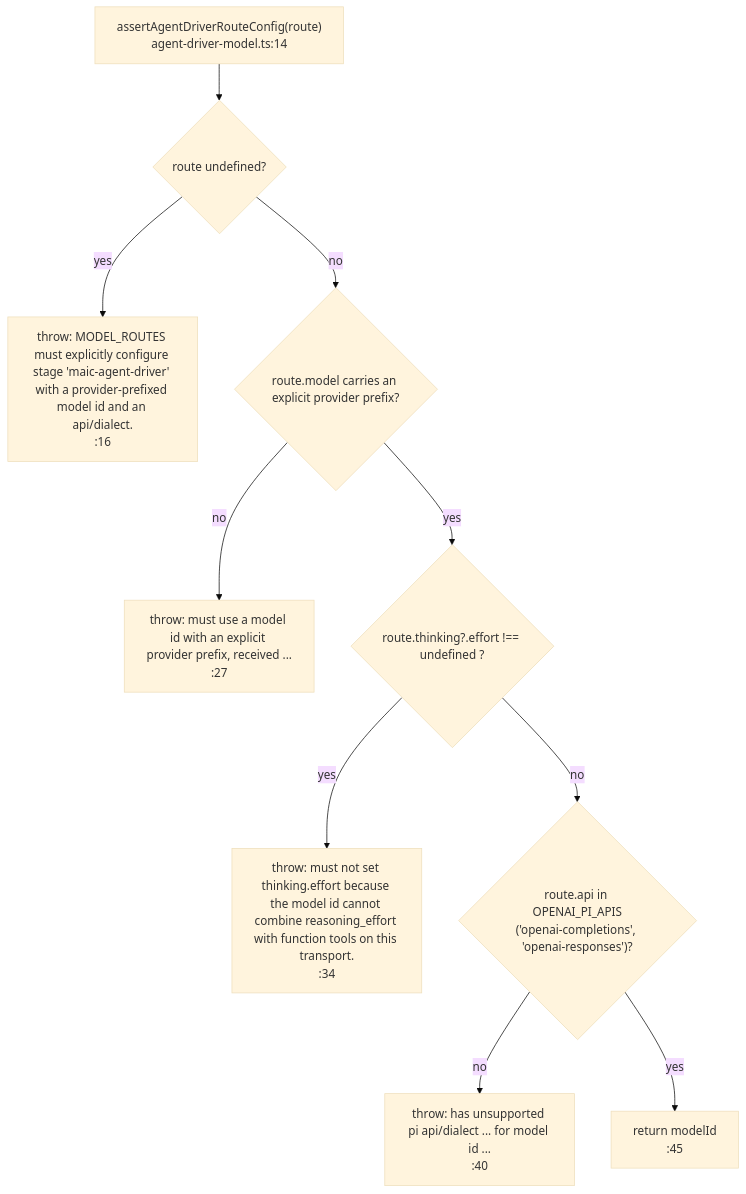
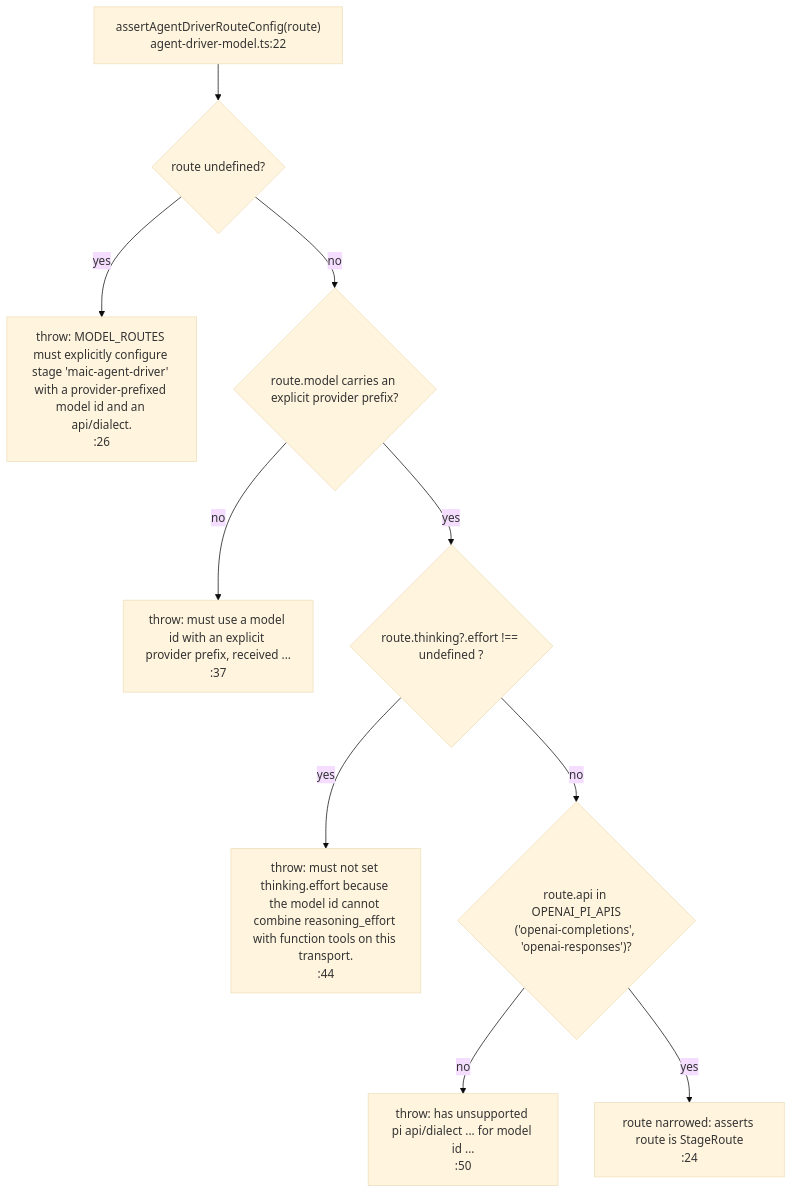
Before and after one commit to cajias/OpenMAIC: the third of 3 diagrams in docs/04-ai-provider-layer/05-boot-validation.md, drawn with Mermaid (base theme). The commit also changed other lines of this file and 14 other files, not shown here.

````diff
--- a/docs/04-ai-provider-layer/05-boot-validation.md
+++ b/docs/04-ai-provider-layer/05-boot-validation.md
@@ -188,23 +188,23 @@
 ```mermaid
 flowchart TD
-  entry["assertAgentDriverRouteConfig(route)<br/>agent-driver-model.ts:14"]
+  entry["assertAgentDriverRouteConfig(route)<br/>agent-driver-model.ts:22"]
   noroute{"route undefined?"}
-  t1["throw: MODEL_ROUTES must explicitly configure stage 'maic-agent-driver' with a provider-prefixed model id and an api/dialect.<br/>:16"]
+  t1["throw: MODEL_ROUTES must explicitly configure stage 'maic-agent-driver' with a provider-prefixed model id and an api/dialect.<br/>:26"]
   prefix{"route.model carries an explicit provider prefix?"}
-  t2["throw: must use a model id with an explicit provider prefix, received ...<br/>:27"]
+  t2["throw: must use a model id with an explicit provider prefix, received ...<br/>:37"]
   effort{"route.thinking?.effort !== undefined ?"}
-  t3["throw: must not set thinking.effort because the model id cannot combine reasoning_effort with function tools on this transport.<br/>:34"]
+  t3["throw: must not set thinking.effort because the model id cannot combine reasoning_effort with function tools on this transport.<br/>:44"]
   api{"route.api in OPENAI_PI_APIS<br/>('openai-completions', 'openai-responses')?"}
-  t4["throw: has unsupported pi api/dialect ... for model id ...<br/>:40"]
-  okk["return modelId<br/>:45"]
+  t4["throw: has unsupported pi api/dialect ... for model id ...<br/>:50"]
+  okk["route narrowed: asserts route is StageRoute<br/>:24"]
 
   entry --> noroute
   noroute -- yes --> t1
   noroute -- no --> prefix
   prefix -- no --> t2
   prefix -- yes --> effort
   effort -- yes --> t3
   effort -- no --> api
   api -- no --> t4
   api -- yes --> okk
 ```
````
